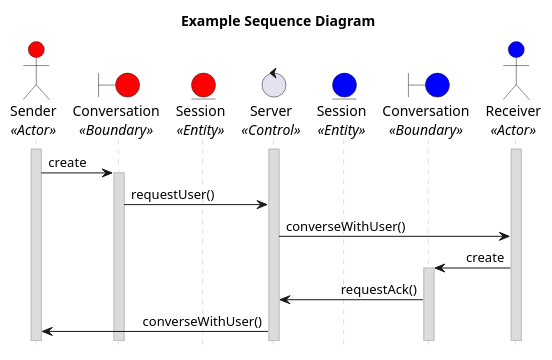
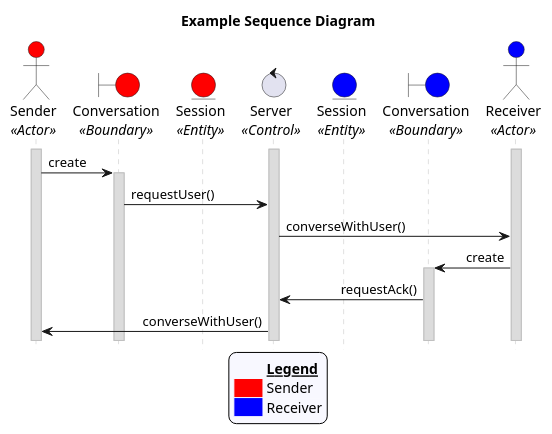
Before and after one commit to CECS-491-SP24-Group-1/seq-diagrams: the diagram in examples/example_01.puml, drawn with PlantUML.

Commit message:
Add legend example

```diff
--- a/examples/example_01.puml
+++ b/examples/example_01.puml
@@ -1,41 +1,53 @@
 @startuml example
 title "Example Sequence Diagram"
 
 'Styling goes here
 hide footbox
 skinparam stereotypePosition bottom
 skinparam sequenceMessageAlign direction
 skinparam sequence {
 	LifeLineBorderColor #Silver
 	LifeLineBackgroundColor #Gainsboro
 }
+
+'Add a legend plus styling
+skinparam legend {
+	backgroundColor #GhostWhite
+	entrySeparator #GhostWhite
+}
+
+legend bottom
+	<#GhostWhite,#GhostWhite>|	|= __Legend__ |
+	|<#red> | Sender|
+	|<#blue> | Receiver|
+endlegend
 
 'Setup the objects involved here
 actor Sender as s <<Actor>> #red
 boundary Conversation as sc <<Boundary>> #red
 entity Session as ss <<Entity>> #red
 control Server as srv <<Control>>
 entity Session as rs <<Entity>> #blue
 boundary Conversation as rc <<Boundary>> #blue
 actor Receiver as r <<Actor>> #blue
 
 'Setup persistent objects here
 activate s
 activate srv
 activate r
 
 '--- FLOW OF CONTROL STARTS HERE ---
 'Sender creates a conversation and ends the request to the receiver
 s -> sc: create
 activate sc
 sc -> srv: requestUser()
 srv -> r: converseWithUser()
 
 'Receiver accepts the conversation and sends ACK to the sender
 r -> rc: create
 activate rc
 rc -> srv: requestAck()
 srv -> s: converseWithUser()
 '--- FLOW OF CONTROL ENDS HERE   ---
 
 @enduml
```
